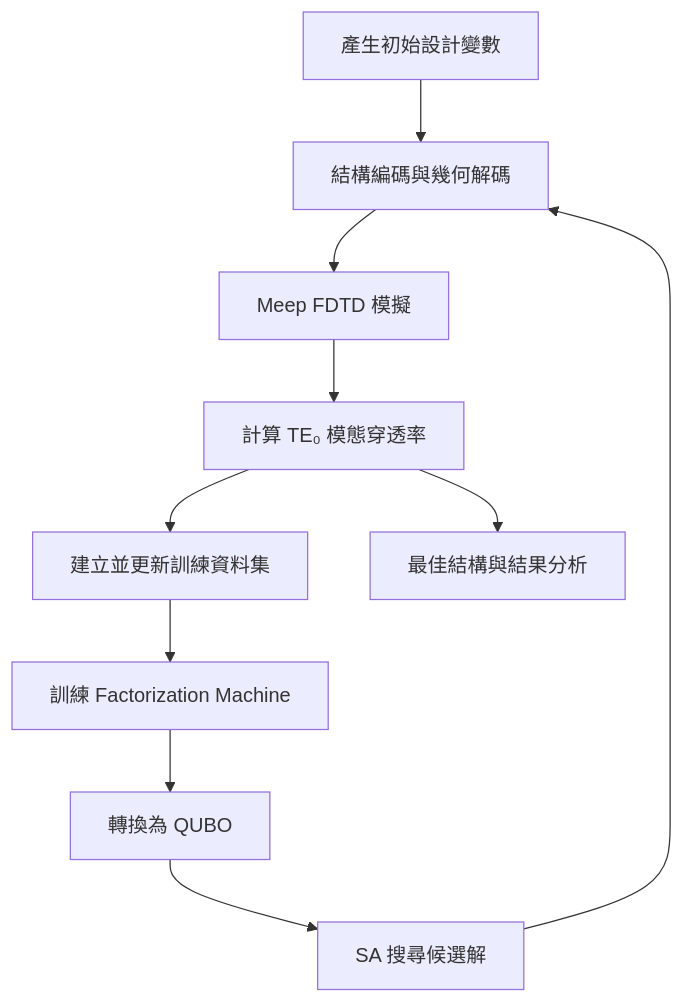
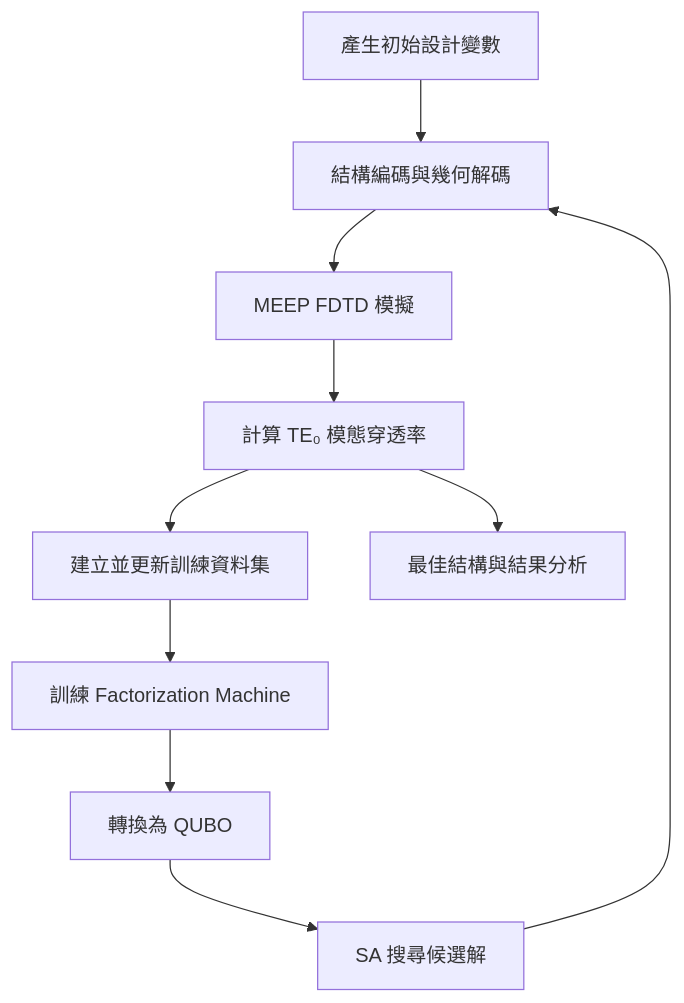
One commit to Oscar7769/Bend_Waveguide_Tutorial changed the diagram in README.md. Above: the diagram before and after it, drawn with Mermaid. The commit also changed other lines of this file, not shown here.

```diff
--- a/README.md
+++ b/README.md
@@ -64,12 +64,12 @@
 ~~~mermaid
 flowchart TD
     A["產生初始設計變數"] --> B["結構編碼與幾何解碼"]
-    B --> C["Meep FDTD 模擬"]
+    B --> C["MEEP FDTD 模擬"]
     C --> D["計算 TE₀ 模態穿透率"]
     D --> E["建立並更新訓練資料集"]
     E --> F["訓練 Factorization Machine"]
     F --> G["轉換為 QUBO"]
     G --> H["SA 搜尋候選解"]
     H --> B
     D --> I["最佳結構與結果分析"]
 ~~~
```
